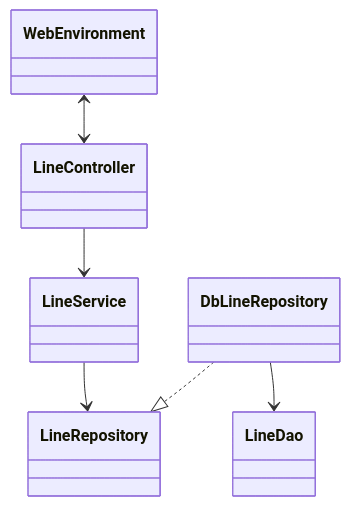
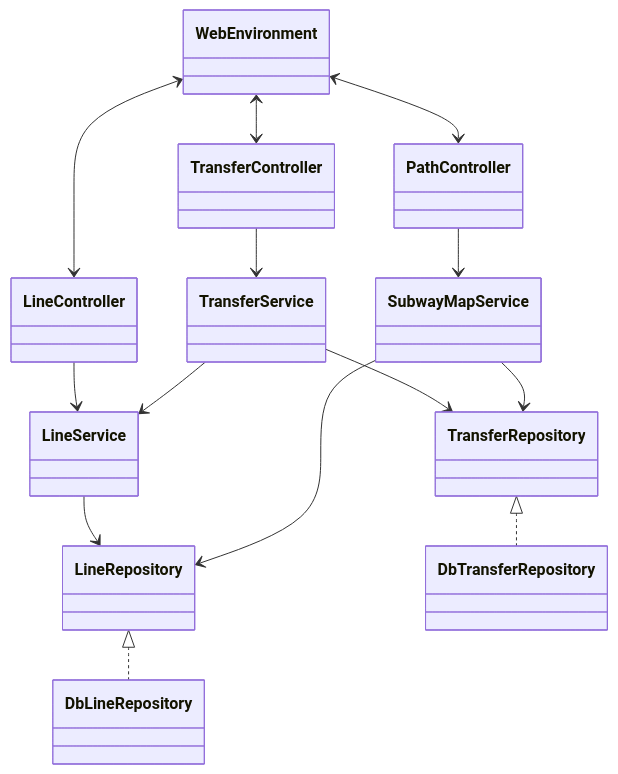
The first of 3 diagrams in README.md (woowacourse/jwp-subway-path), drawn with Mermaid before and after one commit. The commit also changed other lines of this file and 72 other files, not shown here.

````diff
--- a/README.md
+++ b/README.md
@@ -13,8 +13,18 @@
 ```mermaid
 classDiagram
     WebEnvironment <--> LineController
     LineController --> LineService
     LineService --> LineRepository
-    DbLineRepository ..|> LineRepository
-    DbLineRepository --> LineDao
+    LineRepository <|.. DbLineRepository
+
+    WebEnvironment <--> TransferController
+    TransferController --> TransferService
+    TransferService --> LineService
+    TransferService  --> TransferRepository
+    TransferRepository <|.. DbTransferRepository
+    
+    WebEnvironment <--> PathController
+    PathController --> SubwayMapService
+    SubwayMapService --> LineRepository
+    SubwayMapService  --> TransferRepository
 ```
````
